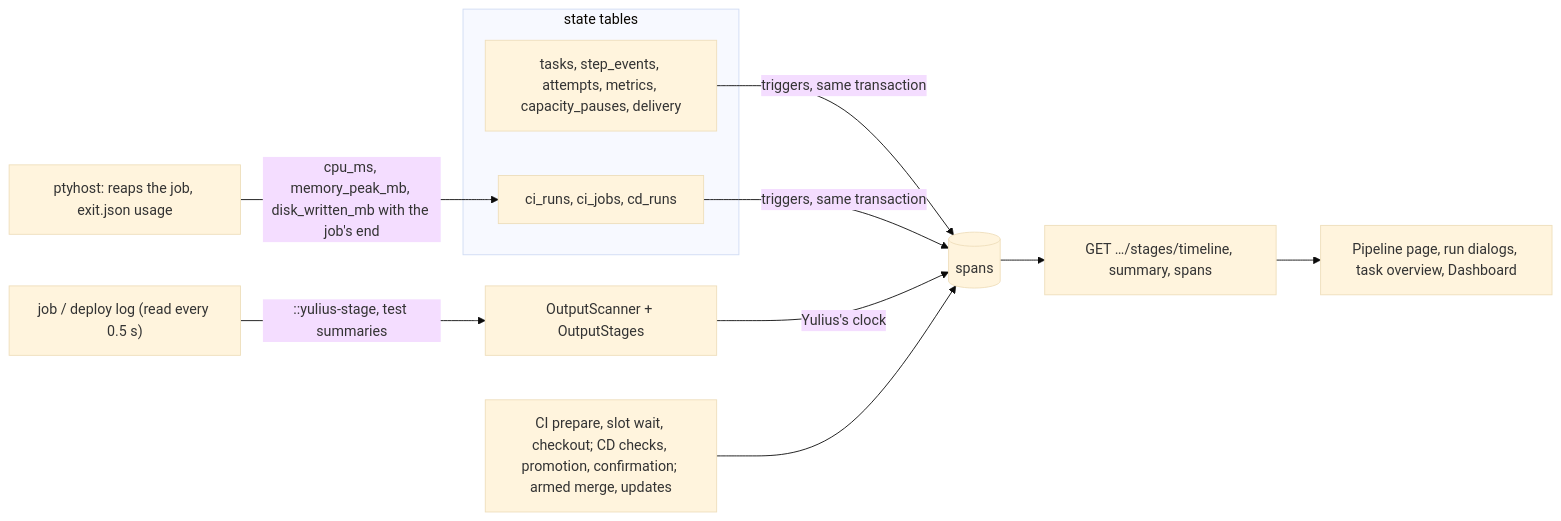
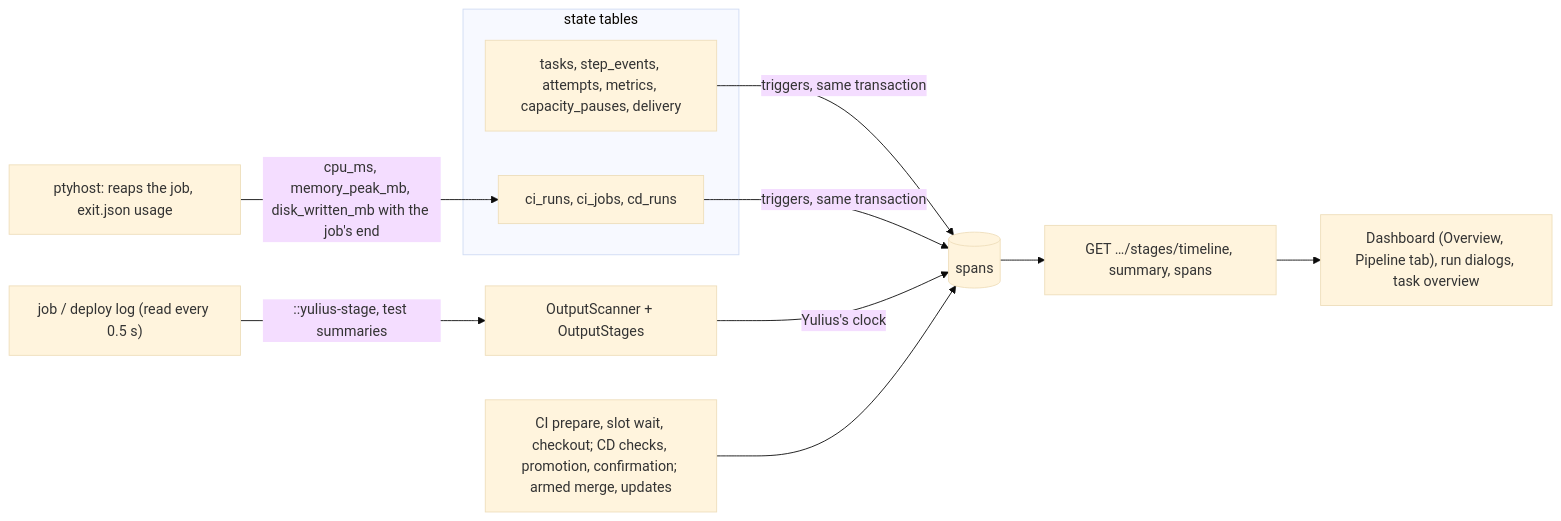
One commit to Quartio-Studio/yulius changed diagram 29 of 34 in docs/architecture.md. Above: the diagram before and after it, drawn with Mermaid (base theme). The commit also changed other lines of this file and 24 other files, not shown here.

````diff
--- a/docs/architecture.md
+++ b/docs/architecture.md
@@ -953,15 +954,15 @@
 ```mermaid
 flowchart LR
   subgraph States["state tables"]
     T["tasks, step_events, attempts, metrics, capacity_pauses, delivery"]
     C["ci_runs, ci_jobs, cd_runs"]
   end
   T -->|"triggers, same transaction"| S[("spans")]
   C -->|"triggers, same transaction"| S
   HOST["ptyhost: reaps the job, exit.json usage"] -->|"cpu_ms, memory_peak_mb, disk_written_mb with the job's end"| C
   LOG["job / deploy log (read every 0.5 s)"] -->|"::yulius-stage, test summaries"| SC["OutputScanner + OutputStages"]
   SC -->|"Yulius's clock"| S
   APP["CI prepare, slot wait, checkout; CD checks, promotion, confirmation; armed merge, updates"] --> S
   S --> API["GET …/stages/timeline, summary, spans"]
-  API --> UI["Pipeline page, run dialogs, task overview, Dashboard"]
+  API --> UI["Dashboard (Overview, Pipeline tab), run dialogs, task overview"]
 ```
````
